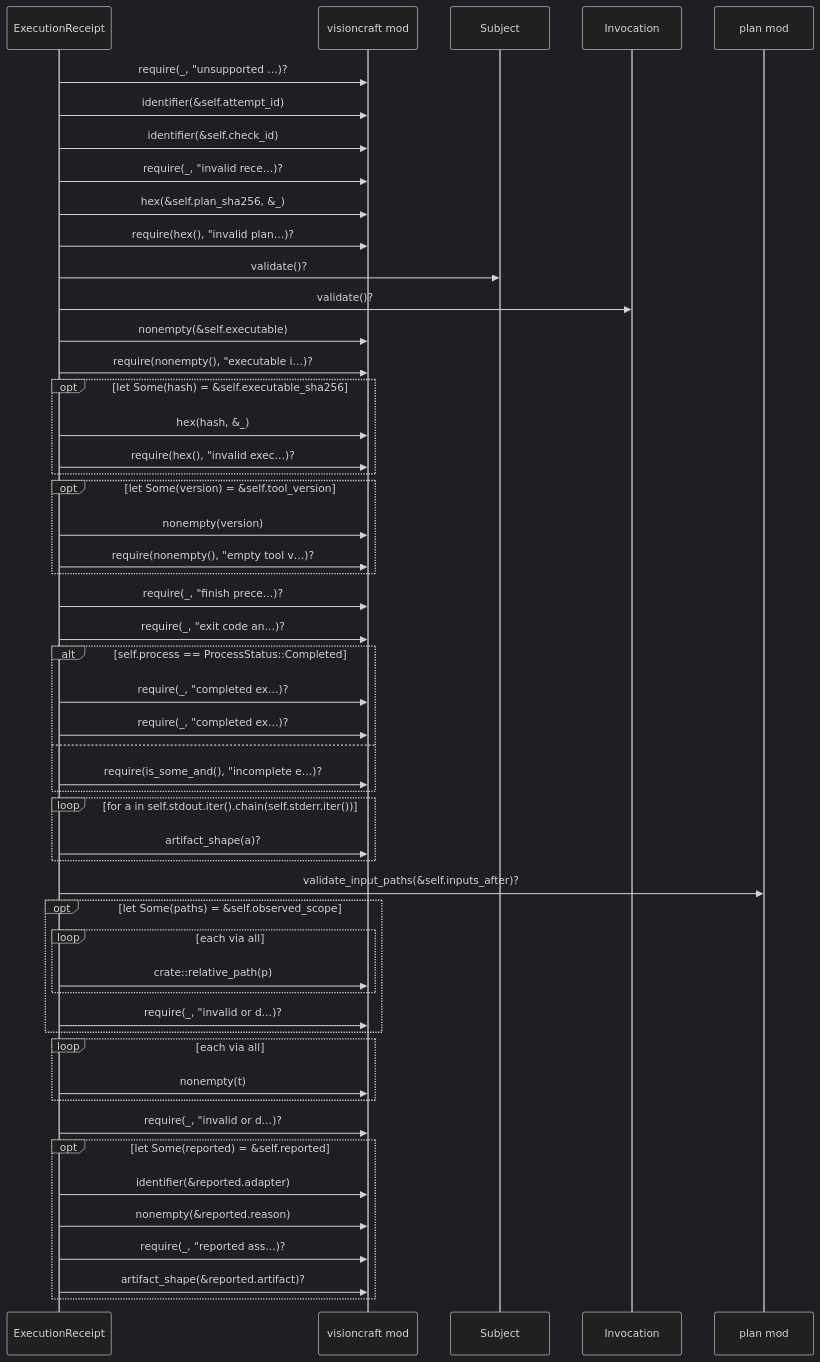
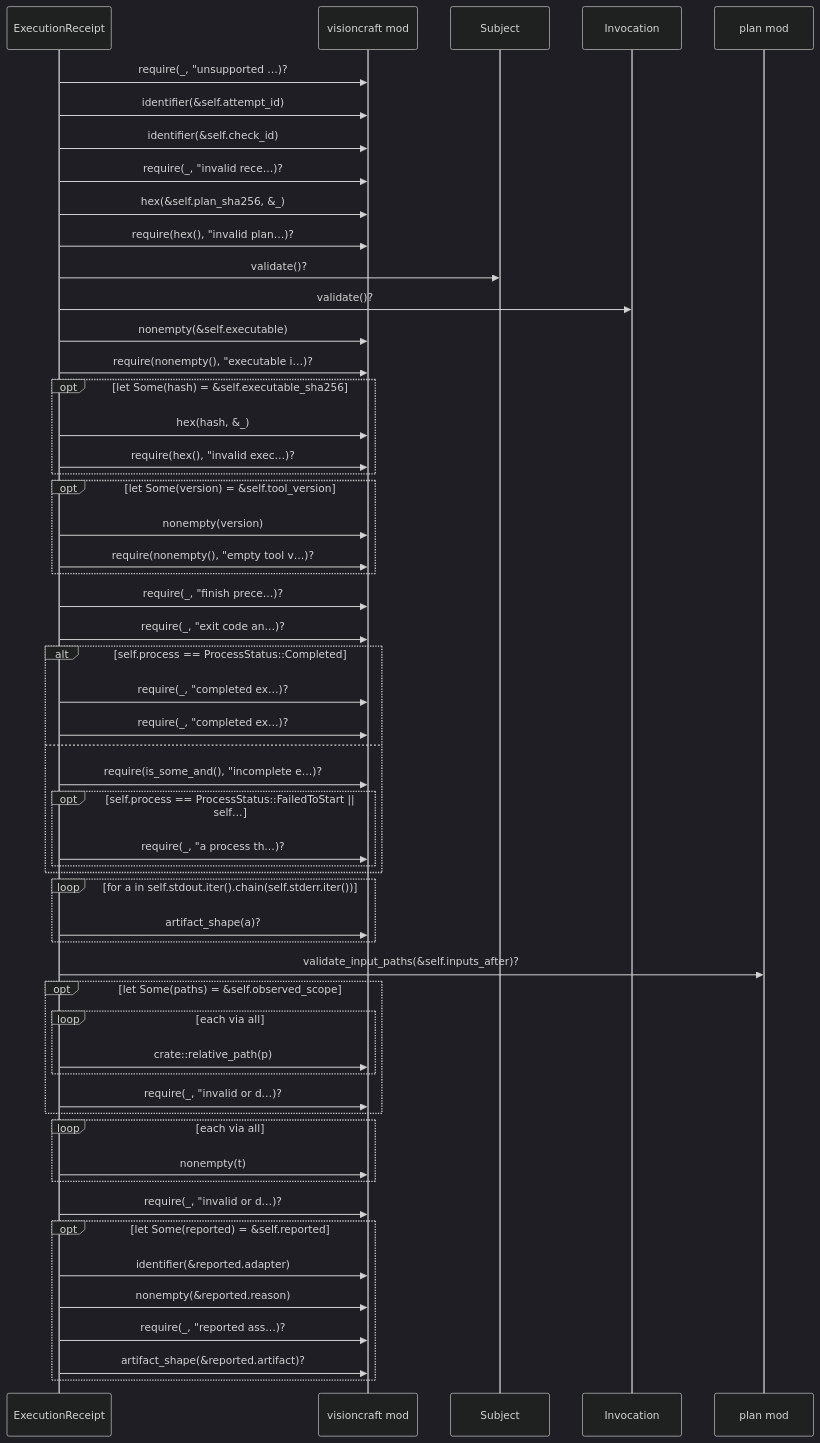
Before and after one commit to DreamLab-AI/visioncraft: the second of 2 diagrams in docs/diagrams/generated/src/evidence.rs.md, drawn with Mermaid (dark theme). The commit also changed other lines of this file and 4 other files, not shown here.

First line of the commit message:
dream(evidence-and-gates): validate() rejects failed-to-start/unavailable receipts… (#5)

````diff
--- a/docs/diagrams/generated/src/evidence.rs.md
+++ b/docs/diagrams/generated/src/evidence.rs.md
@@ -141,54 +141,57 @@
 ```mermaid
 sequenceDiagram
   participant visioncraft__evidence___tExecutionReceipt as ExecutionReceipt
   participant visioncraft as visioncraft mod
   participant visioncraft__plan___tSubject as Subject
   participant visioncraft__plan___tInvocation as Invocation
   participant visioncraft__plan as plan mod
   visioncraft__evidence___tExecutionReceipt->>visioncraft: require(_, #quot;unsupported …)?
   visioncraft__evidence___tExecutionReceipt->>visioncraft: identifier(&self.attempt_id)
   visioncraft__evidence___tExecutionReceipt->>visioncraft: identifier(&self.check_id)
   visioncraft__evidence___tExecutionReceipt->>visioncraft: require(_, #quot;invalid rece…)?
   visioncraft__evidence___tExecutionReceipt->>visioncraft: hex(&self.plan_sha256, &_)
   visioncraft__evidence___tExecutionReceipt->>visioncraft: require(hex(), #quot;invalid plan…)?
   visioncraft__evidence___tExecutionReceipt->>visioncraft__plan___tSubject: validate()?
   visioncraft__evidence___tExecutionReceipt->>visioncraft__plan___tInvocation: validate()?
   visioncraft__evidence___tExecutionReceipt->>visioncraft: nonempty(&self.executable)
   visioncraft__evidence___tExecutionReceipt->>visioncraft: require(nonempty(), #quot;executable i…)?
   opt let Some(hash) = &self.executable_sha256
     visioncraft__evidence___tExecutionReceipt->>visioncraft: hex(hash, &_)
     visioncraft__evidence___tExecutionReceipt->>visioncraft: require(hex(), #quot;invalid exec…)?
   end
   opt let Some(version) = &self.tool_version
     visioncraft__evidence___tExecutionReceipt->>visioncraft: nonempty(version)
     visioncraft__evidence___tExecutionReceipt->>visioncraft: require(nonempty(), #quot;empty tool v…)?
   end
   visioncraft__evidence___tExecutionReceipt->>visioncraft: require(_, #quot;finish prece…)?
   visioncraft__evidence___tExecutionReceipt->>visioncraft: require(_, #quot;exit code an…)?
   alt self.process == ProcessStatus::Completed
     visioncraft__evidence___tExecutionReceipt->>visioncraft: require(_, #quot;completed ex…)?
     visioncraft__evidence___tExecutionReceipt->>visioncraft: require(_, #quot;completed ex…)?
   else
     visioncraft__evidence___tExecutionReceipt->>visioncraft: require(is_some_and(), #quot;incomplete e…)?
+    opt self.process == ProcessStatus::FailedToStart || self…
+      visioncraft__evidence___tExecutionReceipt->>visioncraft: require(_, #quot;a process th…)?
+    end
   end
   loop for a in self.stdout.iter().chain(self.stderr.iter())
     visioncraft__evidence___tExecutionReceipt->>visioncraft: artifact_shape(a)?
   end
   visioncraft__evidence___tExecutionReceipt->>visioncraft__plan: validate_input_paths(&self.inputs_after)?
   opt let Some(paths) = &self.observed_scope
     loop each via all
       visioncraft__evidence___tExecutionReceipt->>visioncraft: crate::relative_path(p)
     end
     visioncraft__evidence___tExecutionReceipt->>visioncraft: require(_, #quot;invalid or d…)?
   end
   loop each via all
     visioncraft__evidence___tExecutionReceipt->>visioncraft: nonempty(t)
   end
   visioncraft__evidence___tExecutionReceipt->>visioncraft: require(_, #quot;invalid or d…)?
   opt let Some(reported) = &self.reported
     visioncraft__evidence___tExecutionReceipt->>visioncraft: identifier(&reported.adapter)
     visioncraft__evidence___tExecutionReceipt->>visioncraft: nonempty(&reported.reason)
     visioncraft__evidence___tExecutionReceipt->>visioncraft: require(_, #quot;reported ass…)?
     visioncraft__evidence___tExecutionReceipt->>visioncraft: artifact_shape(&reported.artifact)?
   end
 ```
````
